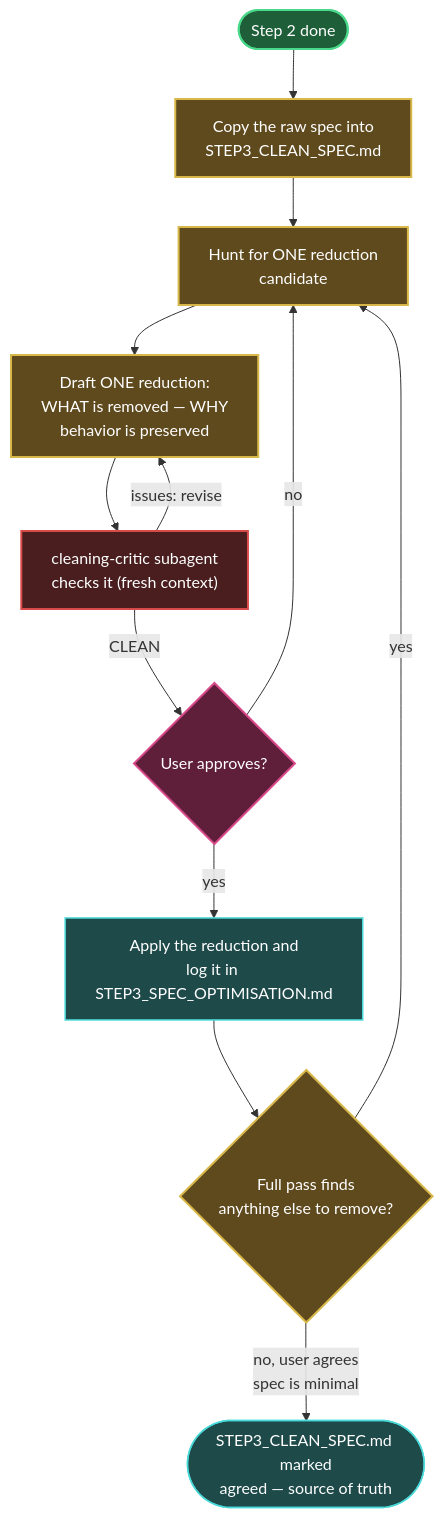
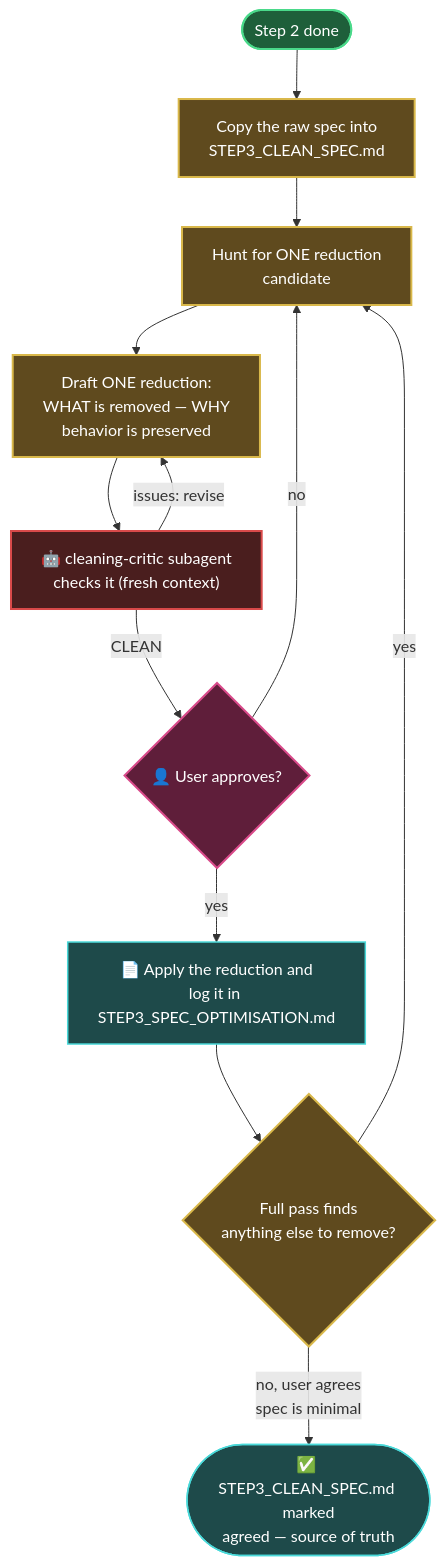
Before and after one commit to jeromeetienne/vibe_to_spec: the diagram in steps/step_03_spec_cleaning/README.md, drawn with Mermaid. The commit also changed 6 other files, not shown here.

First line of the commit message:
Apply global_workflow.md legend's symbols to all repo diagrams

````diff
--- a/steps/step_03_spec_cleaning/README.md
+++ b/steps/step_03_spec_cleaning/README.md
@@ -38,34 +38,34 @@
 ```mermaid
 flowchart TD
     Start(["Step 2 done"]) --> Copy["Copy the raw spec into
 STEP3_CLEAN_SPEC.md"]
     Copy --> Hunt["Hunt for ONE reduction
 candidate"]
     Hunt --> Propose["Draft ONE reduction:
 WHAT is removed — WHY
 behavior is preserved"]
-    Propose --> Critique["cleaning-critic subagent
+    Propose --> Critique["🤖 cleaning-critic subagent
 checks it (fresh context)"]
     Critique -->|"issues: revise"| Propose
-    Critique -->|"CLEAN"| Decide{"User approves?"}
-    Decide -->|"yes"| Apply["Apply the reduction and
+    Critique -->|"CLEAN"| Decide{"👤 User approves?"}
+    Decide -->|"yes"| Apply["📄 Apply the reduction and
 log it in STEP3_SPEC_OPTIMISATION.md"]
     Decide -->|"no"| Hunt
     Apply --> More{"Full pass finds
 anything else to remove?"}
     More -->|"yes"| Hunt
     More -->|"no, user agrees
-spec is minimal"| Closed(["STEP3_CLEAN_SPEC.md marked
+spec is minimal"| Closed(["✅ STEP3_CLEAN_SPEC.md marked
 agreed — source of truth"])
 
     classDef loop fill:#5f4a1e,stroke:#d9b84a,stroke-width:2px,color:#fff;
     classDef rec fill:#1e4a4a,stroke:#4ad9d9,stroke-width:1.5px,color:#fff;
     classDef gate fill:#5f1e3a,stroke:#d94a8a,stroke-width:2px,color:#fff;
     classDef done fill:#1e5f3a,stroke:#4ad98a,stroke-width:2px,color:#fff;
     classDef critic fill:#4a1e1e,stroke:#d94a4a,stroke-width:2px,color:#fff;
     class Start done;
     class Copy,Hunt,Propose,More loop;
     class Critique critic;
     class Decide gate;
     class Apply,Closed rec;
 ```
````
